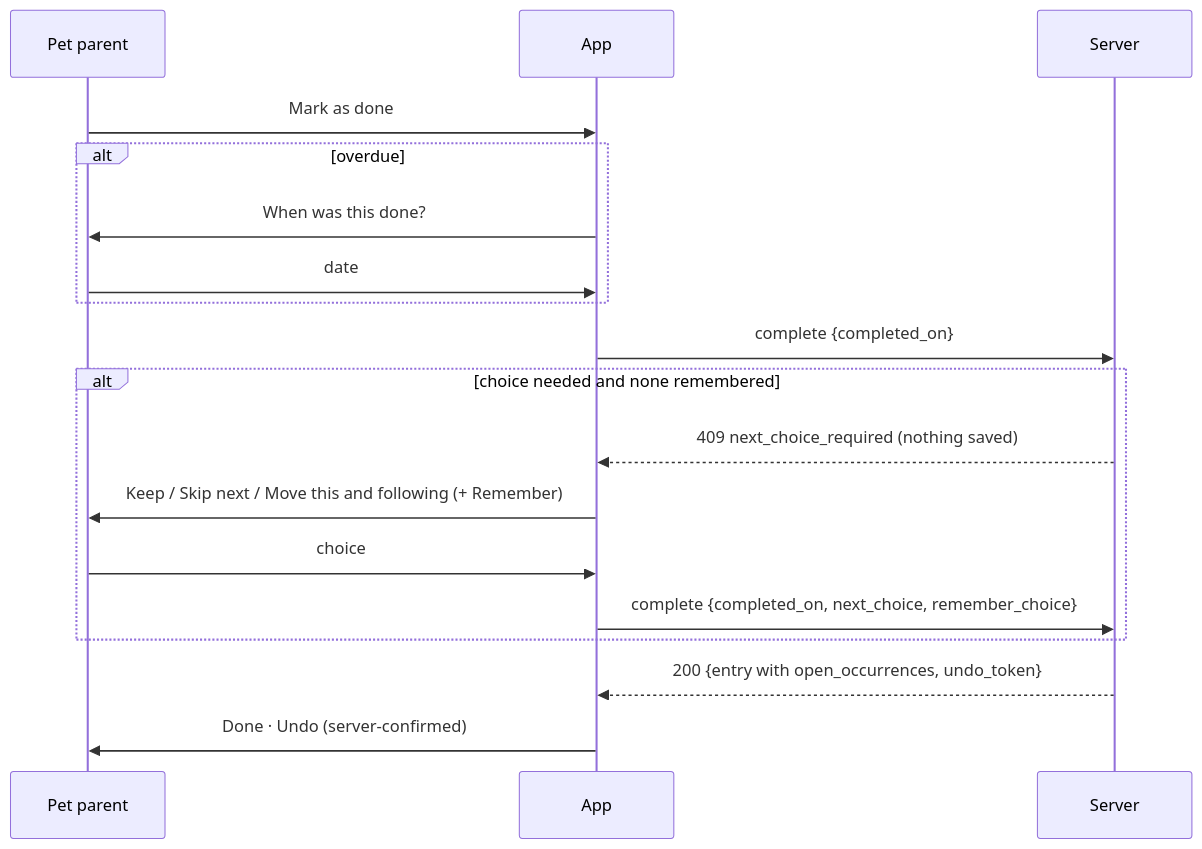
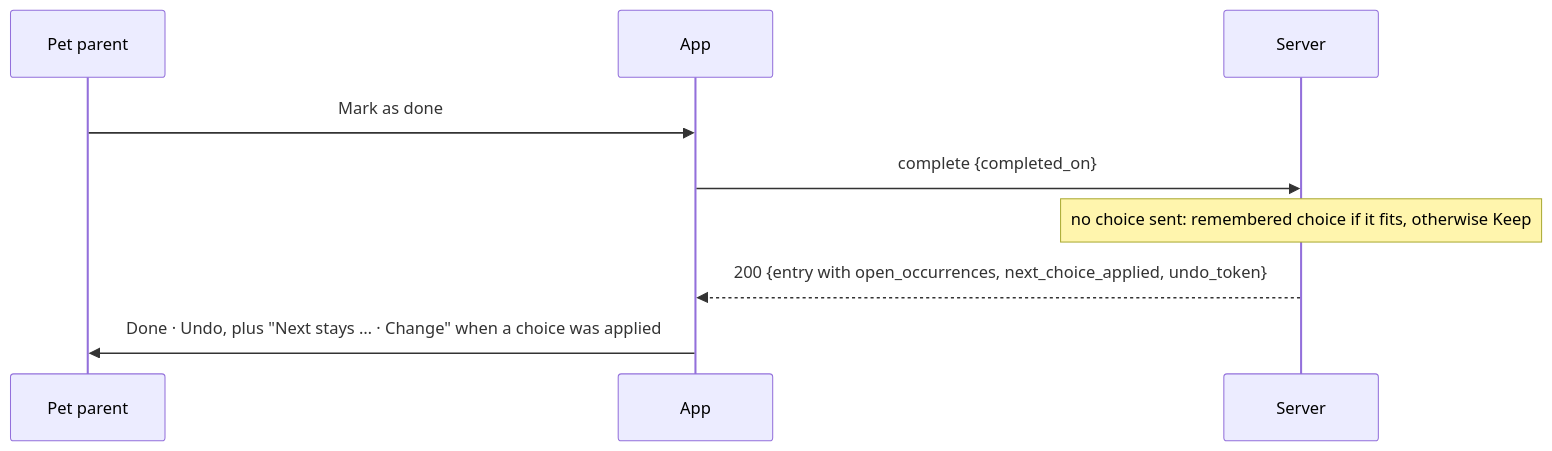
The second of 2 diagrams in docs/domains/pet_care/features/care-item-evolution.md (KanopeeKa/AgathaCheck), drawn with Mermaid before and after one commit. The commit also changed other lines of this file and 19 other files, not shown here.

First line of the commit message:
fix(care): completing care never asks; keep the waiting date by default

````diff
--- a/docs/domains/pet_care/features/care-item-evolution.md
+++ b/docs/domains/pet_care/features/care-item-evolution.md
@@ -327,20 +324,11 @@
 ```mermaid
 sequenceDiagram
   participant U as Pet parent
   participant A as App
   participant S as Server
   U->>A: Mark as done
-  alt overdue
-    A->>U: When was this done?
-    U->>A: date
-  end
   A->>S: complete {completed_on}
-  alt choice needed and none remembered
-    S-->>A: 409 next_choice_required (nothing saved)
-    A->>U: Keep / Skip next / Move this and following (+ Remember)
-    U->>A: choice
-    A->>S: complete {completed_on, next_choice, remember_choice}
-  end
-  S-->>A: 200 {entry with open_occurrences, undo_token}
-  A->>U: Done · Undo (server-confirmed)
+  Note over S: no choice sent: remembered choice if it fits, otherwise Keep
+  S-->>A: 200 {entry with open_occurrences, next_choice_applied, undo_token}
+  A->>U: Done · Undo, plus "Next stays … · Change" when a choice was applied
 ```
````
